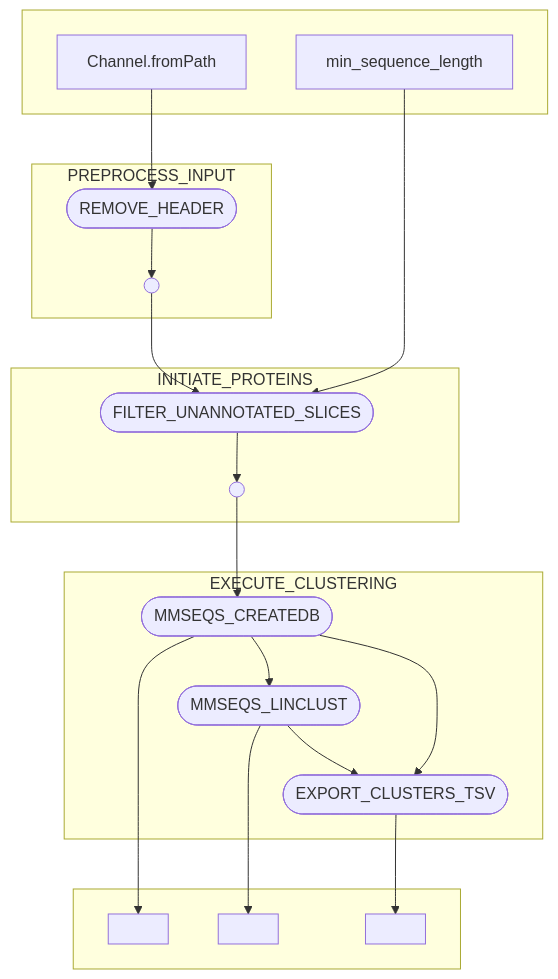
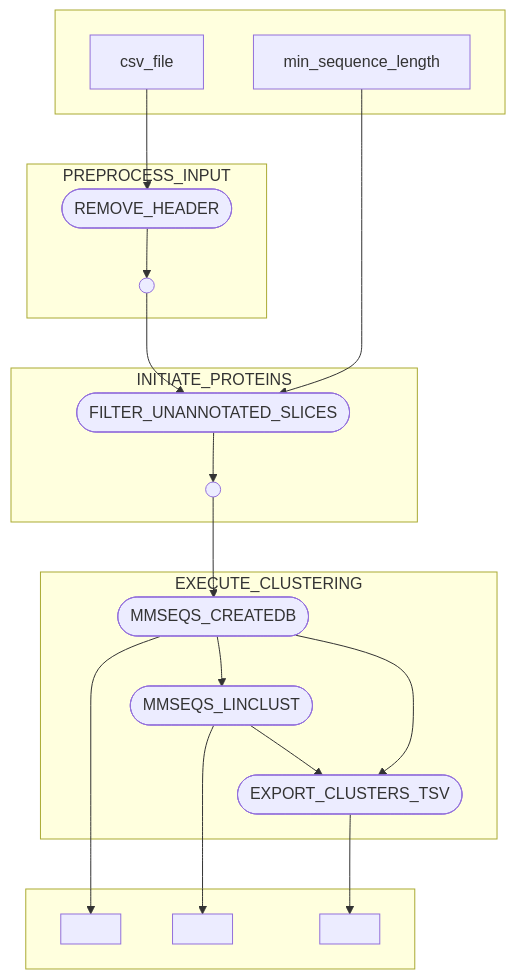
The diagram in flowcharts/setup_clusters.mmd (EBI-Metagenomics/mgnifams), drawn with Mermaid before and after one commit. The commit also changed 1 other file, not shown here.

```diff
--- a/flowcharts/setup_clusters.mmd
+++ b/flowcharts/setup_clusters.mmd
@@ -1,35 +1,35 @@
 flowchart TB
     subgraph " "
-    v0["Channel.fromPath"]
+    v0["csv_file"]
     v3["min_sequence_length"]
     end
     subgraph PREPROCESS_INPUT
     v1([REMOVE_HEADER])
     v2(( ))
     end
     subgraph INITIATE_PROTEINS
     v4([FILTER_UNANNOTATED_SLICES])
     v5(( ))
     end
     subgraph EXECUTE_CLUSTERING
     v7([MMSEQS_CREATEDB])
     v9([MMSEQS_LINCLUST])
     v11([EXPORT_CLUSTERS_TSV])
     end
     subgraph " "
     v8[" "]
     v10[" "]
     v12[" "]
     end
     v0 --> v1
     v1 --> v2
     v3 --> v4
     v2 --> v4
     v4 --> v5
     v5 --> v7
     v7 --> v9
     v7 --> v8
     v7 --> v11
     v9 --> v11
     v9 --> v10
     v11 --> v12
```
